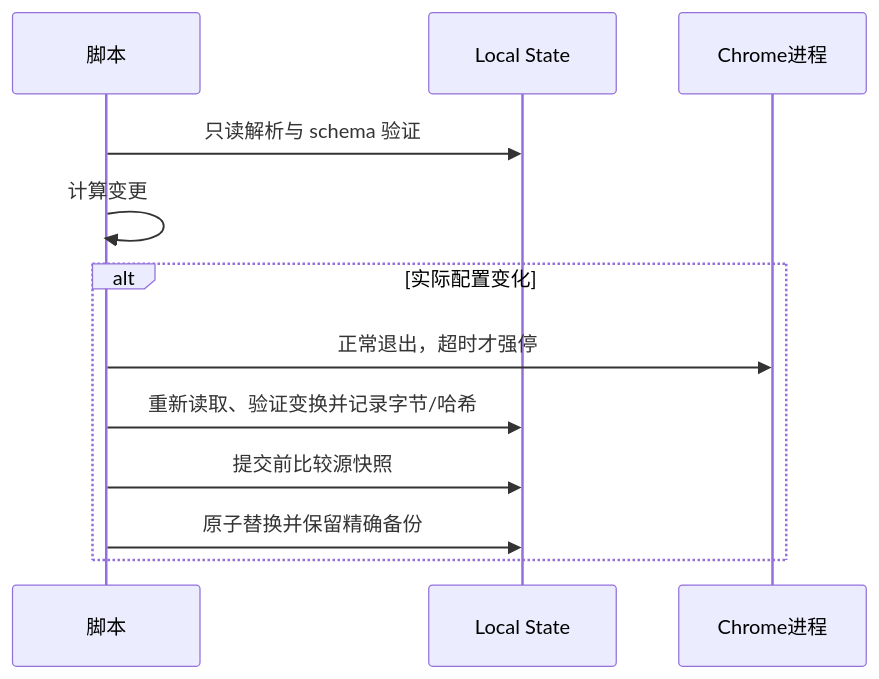
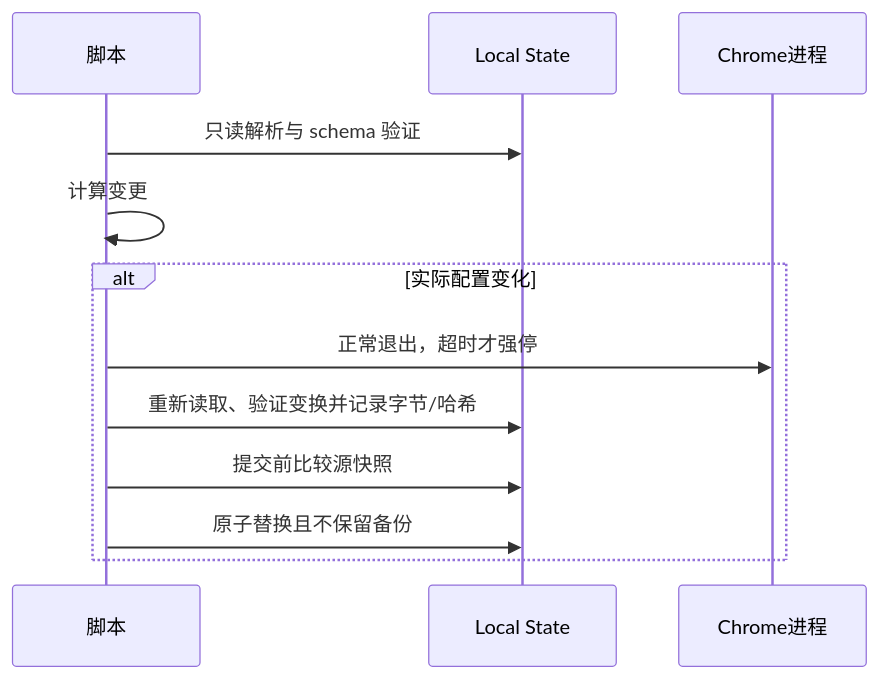
One commit to marble810/bring-back-gemini changed the third of 3 diagrams in docs/diagrams.md. Above: the diagram before and after it, drawn with Mermaid. The commit also changed other lines of this file and 8 other files, not shown here.

````diff
--- a/docs/diagrams.md
+++ b/docs/diagrams.md
@@ -39,14 +39,14 @@
 ```mermaid
 sequenceDiagram
     participant S as 脚本
     participant L as Local State
     participant C as Chrome进程
     S->>L: 只读解析与 schema 验证
     S->>S: 计算变更
     alt 实际配置变化
       S->>C: 正常退出，超时才强停
       S->>L: 重新读取、验证变换并记录字节/哈希
       S->>L: 提交前比较源快照
-      S->>L: 原子替换并保留精确备份
+      S->>L: 原子替换且不保留备份
     end
 ```
````
